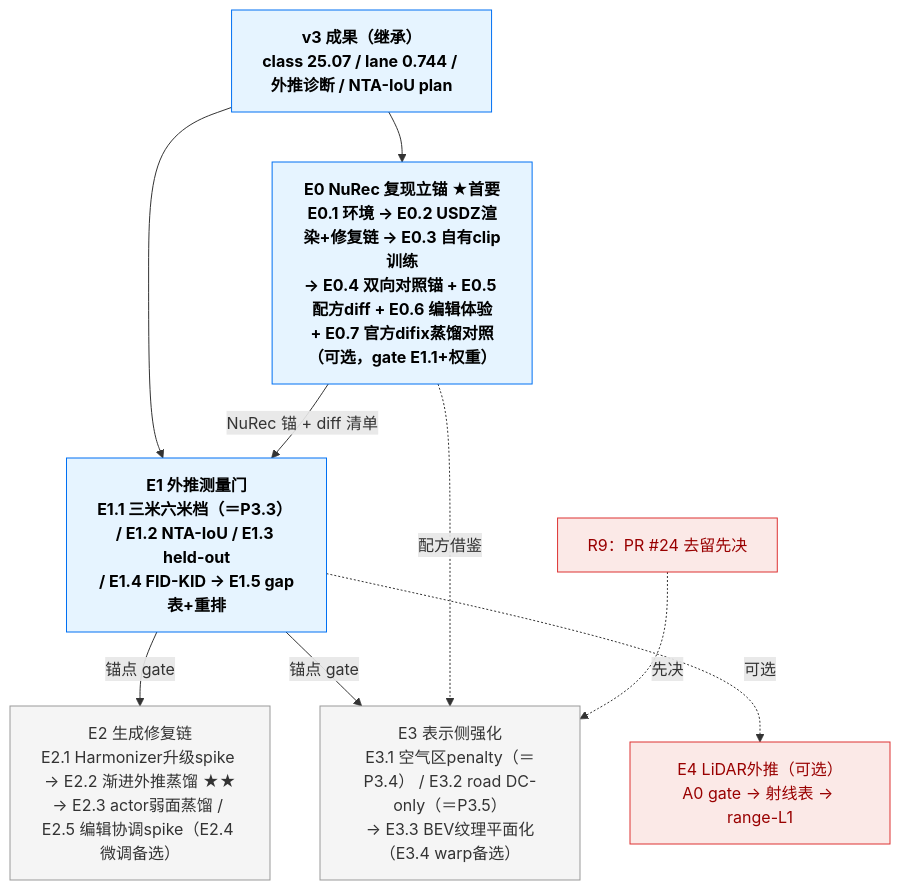
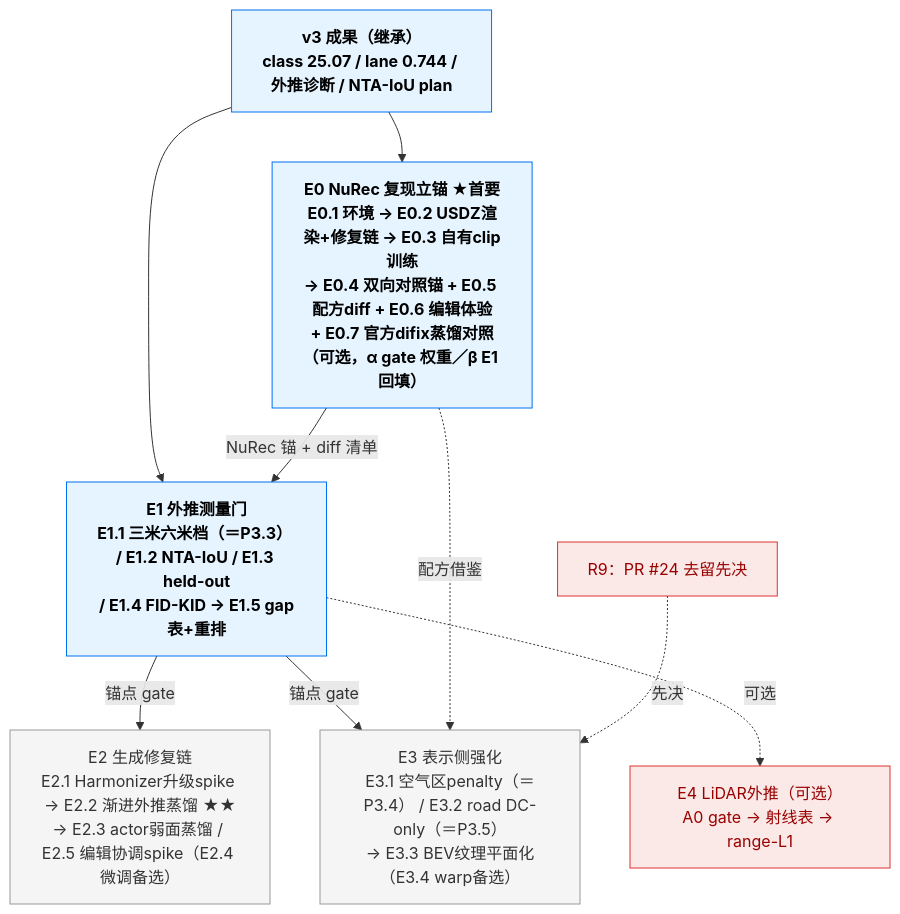
Before and after one commit to etendue/3dgrut: the second of 2 diagrams in v4_plan.md, drawn with Mermaid. The commit also changed other lines of this file and 1 other file, not shown here.

````diff
--- a/v4_plan.md
+++ b/v4_plan.md
@@ -154,23 +154,23 @@
 ```mermaid
 flowchart TD
   classDef gate fill:#e6f4ff,stroke:#0070f3,color:#000,font-weight:bold
   classDef todo fill:#f5f5f5,stroke:#999,color:#333
   classDef opt fill:#fbe9e7,stroke:#d33,color:#900
 
   v3["v3 成果（继承）<br/>class 25.07 / lane 0.744 / 外推诊断 / NTA-IoU plan"]:::gate
-  E0["E0 NuRec 复现立锚 ★首要<br/>E0.1 环境 → E0.2 USDZ渲染+修复链 → E0.3 自有clip训练<br/>→ E0.4 双向对照锚 + E0.5 配方diff + E0.6 编辑体验<br/>+ E0.7 官方difix蒸馏对照（可选，gate E1.1+权重）"]:::gate
+  E0["E0 NuRec 复现立锚 ★首要<br/>E0.1 环境 → E0.2 USDZ渲染+修复链 → E0.3 自有clip训练<br/>→ E0.4 双向对照锚 + E0.5 配方diff + E0.6 编辑体验<br/>+ E0.7 官方difix蒸馏对照（可选，α gate 权重／β E1 回填）"]:::gate
   E1["E1 外推测量门<br/>E1.1 三米六米档（＝P3.3） / E1.2 NTA-IoU / E1.3 held-out<br/>/ E1.4 FID-KID → E1.5 gap表+重排"]:::gate
   E2["E2 生成修复链<br/>E2.1 Harmonizer升级spike → E2.2 渐进外推蒸馏 ★★<br/>→ E2.3 actor弱面蒸馏 / E2.5 编辑协调spike（E2.4 微调备选）"]:::todo
   E3["E3 表示侧强化<br/>E3.1 空气区penalty（＝P3.4） / E3.2 road DC-only（＝P3.5）<br/>→ E3.3 BEV纹理平面化（E3.4 warp备选）"]:::todo
   E4["E4 LiDAR外推（可选）<br/>A0 gate → 射线表 → range-L1"]:::opt
   PR24["R9：PR #24 去留先决"]:::opt
 
   v3 --> E0
   v3 --> E1
   E0 -->|NuRec 锚 + diff 清单| E1
   E1 -->|锚点 gate| E2
   E1 -->|锚点 gate| E3
   E0 -.配方借鉴.-> E3
   PR24 -.先决.-> E3
   E1 -.可选.-> E4
 ```
````
